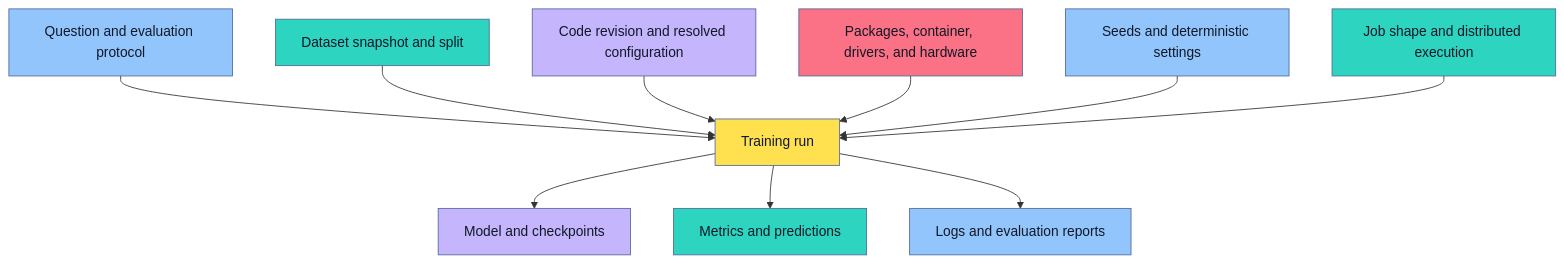
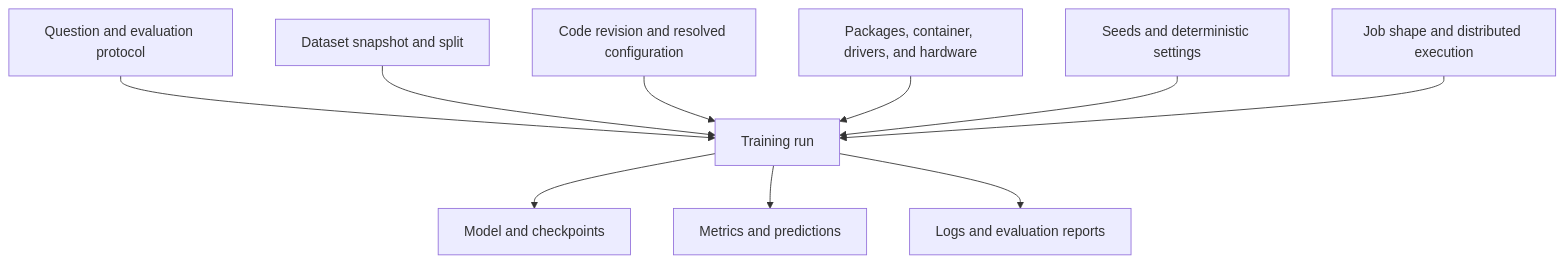
Before and after one commit to senlinyy/dev-roadmaps: the third of 9 diagrams in roadmaps/mlops/modules/experiments-and-reproducibility/experiment-tracking/01-reproducible-ml-experiments.md, drawn with Mermaid. The commit also changed other lines of this file and 152 other files, not shown here.

Commit message:
feat: mlops and diagrams updated

````diff
--- a/roadmaps/mlops/modules/experiments-and-reproducibility/experiment-tracking/01-reproducible-ml-experiments.md
+++ b/roadmaps/mlops/modules/experiments-and-reproducibility/experiment-tracking/01-reproducible-ml-experiments.md
@@ -112,23 +112,23 @@
 ```mermaid
 flowchart TD
     A["Question and evaluation protocol"] --> R["Training run"]
     B["Dataset snapshot and split"] --> R
     C["Code revision and resolved configuration"] --> R
     D["Packages, container, drivers, and hardware"] --> R
     E["Seeds and deterministic settings"] --> R
     F["Job shape and distributed execution"] --> R
     R --> G["Model and checkpoints"]
     R --> H["Metrics and predictions"]
     R --> I["Logs and evaluation reports"]
 
-    style R fill:#FFE04F,stroke:#536A9A,color:#111827
-    style A fill:#93C5FD,stroke:#536A9A,color:#111827
-    style B fill:#2DD4BF,stroke:#536A9A,color:#111827
-    style C fill:#C4B5FD,stroke:#536A9A,color:#111827
-    style D fill:#FB7185,stroke:#536A9A,color:#111827
-    style E fill:#93C5FD,stroke:#536A9A,color:#111827
-    style F fill:#2DD4BF,stroke:#536A9A,color:#111827
-    style G fill:#C4B5FD,stroke:#536A9A,color:#111827
-    style H fill:#2DD4BF,stroke:#536A9A,color:#111827
-    style I fill:#93C5FD,stroke:#536A9A,color:#111827
+    class R dp-mermaid-primary
+    class A dp-mermaid-secondary
+    class B dp-mermaid-tertiary
+    class C dp-mermaid-quaternary
+    class D dp-mermaid-primary
+    class E dp-mermaid-secondary
+    class F dp-mermaid-tertiary
+    class G dp-mermaid-quaternary
+    class H dp-mermaid-tertiary
+    class I dp-mermaid-secondary
 ```
````
